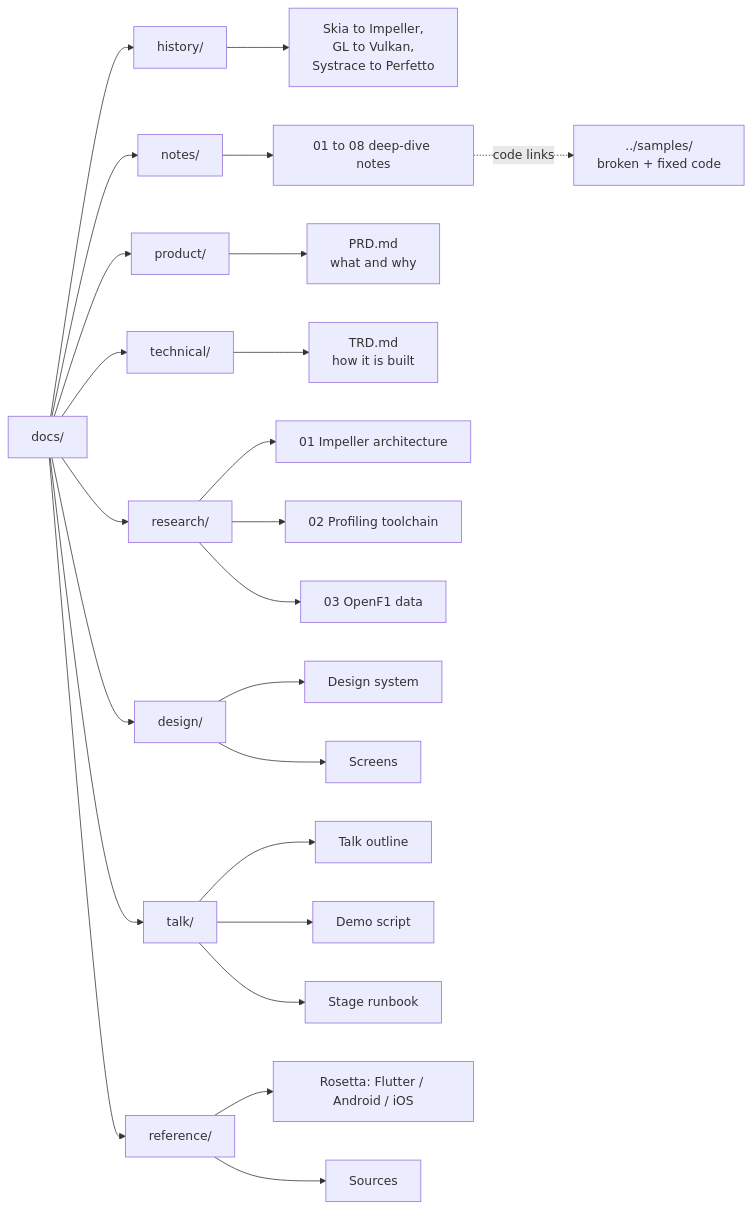
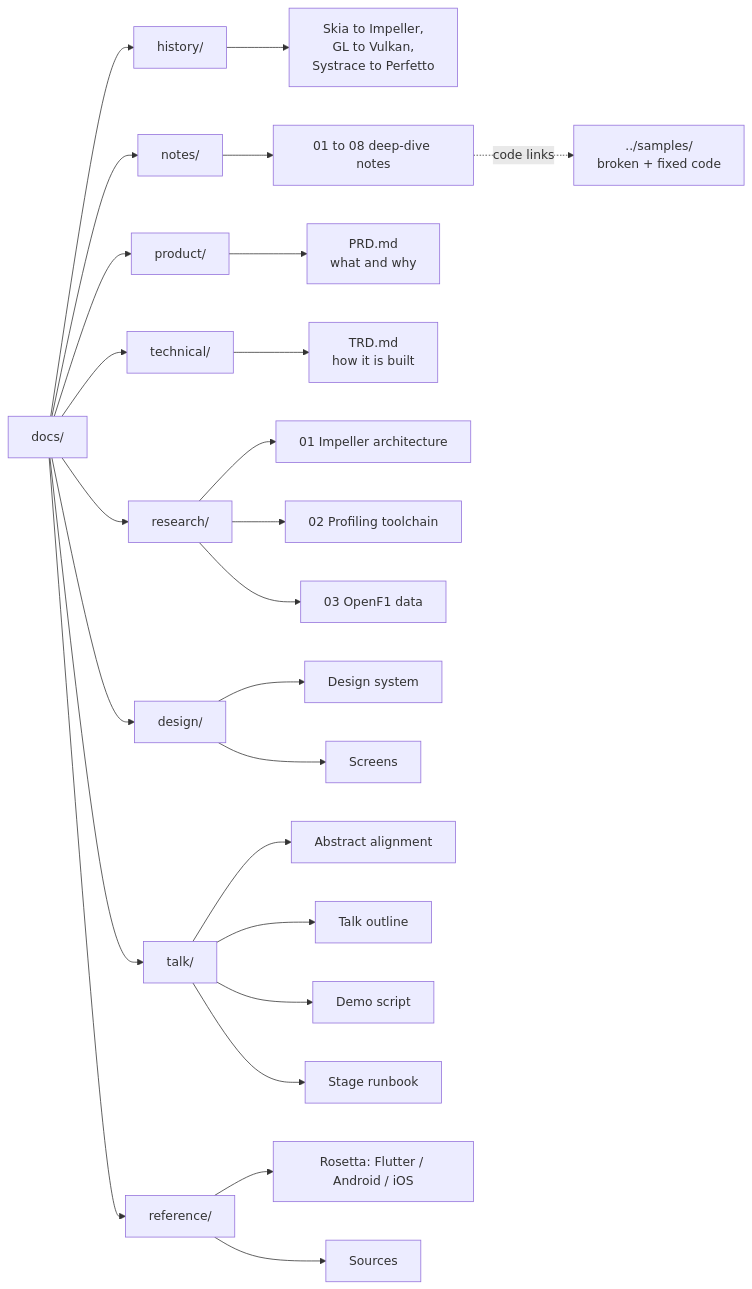
One commit to cm-collins/fluttercon-demo-app changed the diagram in docs/README.md. Above: the diagram before and after it, drawn with Mermaid. The commit also changed other lines of this file and 9 other files, not shown here.

First line of the commit message:
📝 docs(talk): align demo plan with the registered abstract

````diff
--- a/docs/README.md
+++ b/docs/README.md
@@ -13,27 +13,28 @@
 ```mermaid
 flowchart LR
     root["docs/"] --> product["product/"]
     root --> technical["technical/"]
     root --> research["research/"]
     root --> design["design/"]
     root --> talk["talk/"]
     root --> reference["reference/"]
     root --> history["history/"]
     history --> h1["Skia to Impeller,<br/>GL to Vulkan,<br/>Systrace to Perfetto"]
     root --> notes["notes/"]
     notes --> n1["01 to 08 deep-dive notes"]
     n1 -.->|"code links"| samples["../samples/<br/>broken + fixed code"]
 
     product --> prd["PRD.md<br/>what and why"]
     technical --> trd["TRD.md<br/>how it is built"]
     research --> r1["01 Impeller architecture"]
     research --> r2["02 Profiling toolchain"]
     research --> r3["03 OpenF1 data"]
     design --> d1["Design system"]
     design --> d2["Screens"]
+    talk --> t0["Abstract alignment"]
     talk --> t1["Talk outline"]
     talk --> t2["Demo script"]
     talk --> t3["Stage runbook"]
     reference --> f1["Rosetta: Flutter / Android / iOS"]
     reference --> f2["Sources"]
 ```
````
